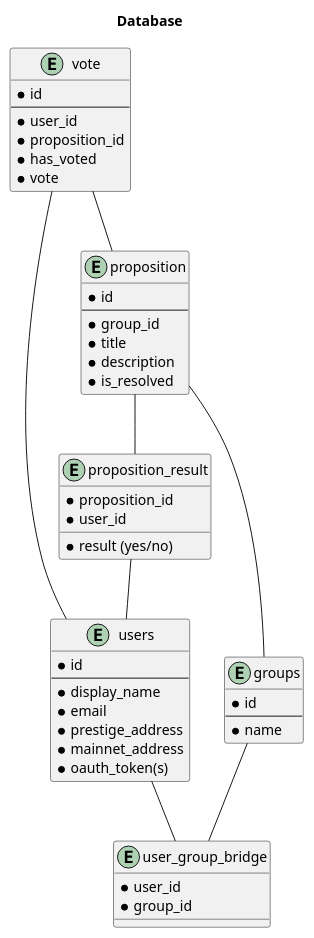
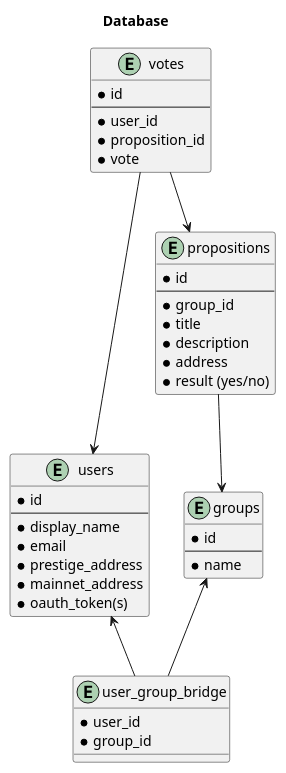
One commit to adhurjaty/prediction-app changed the diagram in Diagrams/Database/db.puml. Above: the diagram before and after it, drawn with PlantUML. The commit also changed 4 other files, not shown here.

Commit message:
updates db diagram

```diff
--- a/Diagrams/Database/db.puml
+++ b/Diagrams/Database/db.puml
@@ -1,58 +1,50 @@
 @startuml database
 
 title Database
 
 entity users {
     * id
     ---
     * display_name
     * email
     * prestige_address
     * mainnet_address
     * oauth_token(s)
 }
 
 entity groups {
     * id
     ---
     * name
 }
 
 entity user_group_bridge {
     * user_id
     * group_id
 }
 
-entity proposition {
+entity propositions {
     * id
     ---
     * group_id
     * title
     * description
-    * is_resolved
+    * address
+    * result (yes/no)
 }
 
-entity vote {
+entity votes {
     * id
     ---
     * user_id
     * proposition_id
-    * has_voted
     * vote
 }
 
-entity proposition_result {
-    * proposition_id
-    * user_id
-    * result (yes/no)
-}
-
-users -- user_group_bridge
-groups -- user_group_bridge
-proposition -- groups
-vote -- users
-vote -- proposition
-proposition -- proposition_result
-proposition_result -- users
+users <-- user_group_bridge
+groups <-- user_group_bridge
+propositions --> groups
+votes --> users
+votes --> propositions
 
 @enduml
```
